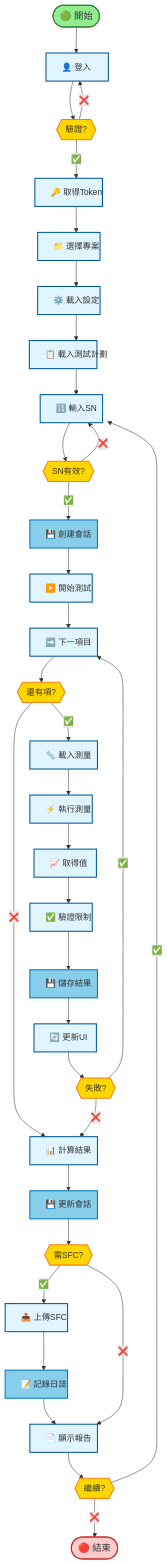
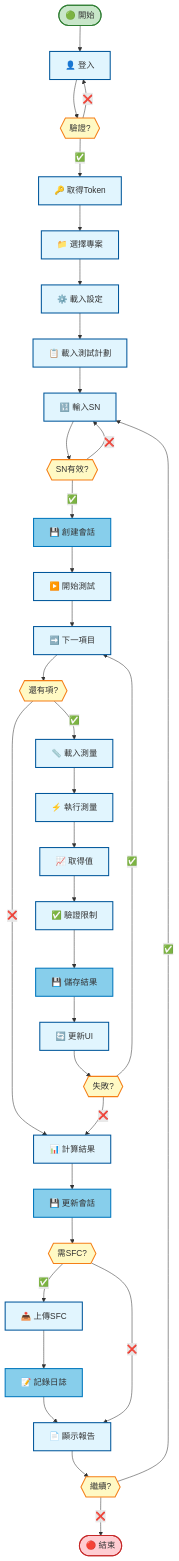
The third of 4 diagrams in README.md (sprigga/WebPDTool), drawn with Mermaid before and after one commit. The commit also changed other lines of this file and 17 other files, not shown here.

```diff
--- a/README.md
+++ b/README.md
@@ -293,34 +278,10 @@
 
     %% 樣式定義
     classDef dbOp fill:#87ceeb,stroke:#0277bd,stroke-width:2px
-    classDef dec fill:#ffd700,stroke:#f57f17,stroke-width:2px
-    classDef startN fill:#90ee90,stroke:#2e7d32,stroke-width:2px
-    classDef endN fill:#ffcccb,stroke:#c62828,stroke-width:2px
+    classDef dec fill:#fff9c4,stroke:#f57f17,stroke-width:2px
+    classDef startN fill:#c8e6c9,stroke:#2e7d32,stroke-width:2px
+    classDef endN fill:#ffcdd2,stroke:#c62828,stroke-width:2px
     classDef act fill:#e1f5fe,stroke:#01579b,stroke-width:2px
-
-    %% 字型大小 16-18px
-    style Start font-size:18px
-    style End font-size:18px
-    style Login font-size:16px,width:120px
-    style GetToken font-size:16px,width:130px
-    style SelectProject font-size:16px,width:120px
-    style LoadConfig font-size:16px,width:120px
-    style LoadTestPlan font-size:16px,width:130px
-    style InputSN font-size:16px,width:120px
-    style CreateSession font-size:16px,width:130px
-    style StartTest font-size:16px,width:120px
-    style GetNextItem font-size:16px,width:130px
-    style LoadMeasure font-size:16px,width:130px
-    style Execute font-size:16px,width:120px
-    style GetValue font-size:16px,width:120px
-    style Validate font-size:16px,width:120px
-    style SaveResult font-size:16px,width:130px
-    style UpdateUI font-size:16px,width:120px
-    style CalcResult font-size:16px,width:130px
-    style UpdateSession font-size:16px,width:130px
-    style UploadSFC font-size:16px,width:120px
-    style LogSFC font-size:16px,width:120px
-    style ShowReport font-size:16px,width:130px
 
     %% 應用樣式
     class CreateSession,SaveResult,UpdateSession,LogSFC dbOp
```
